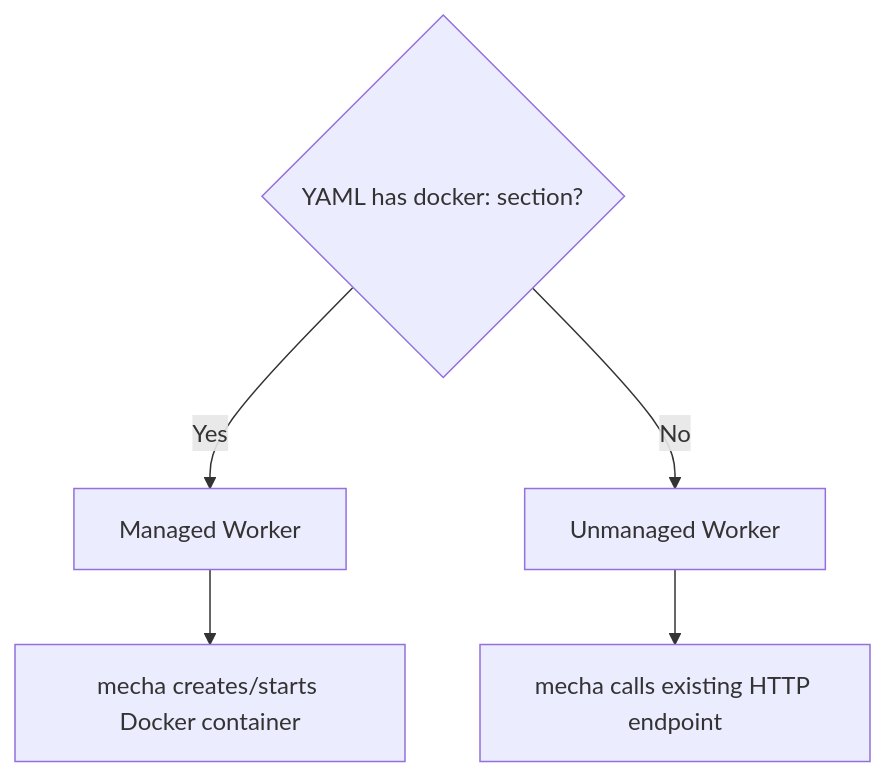
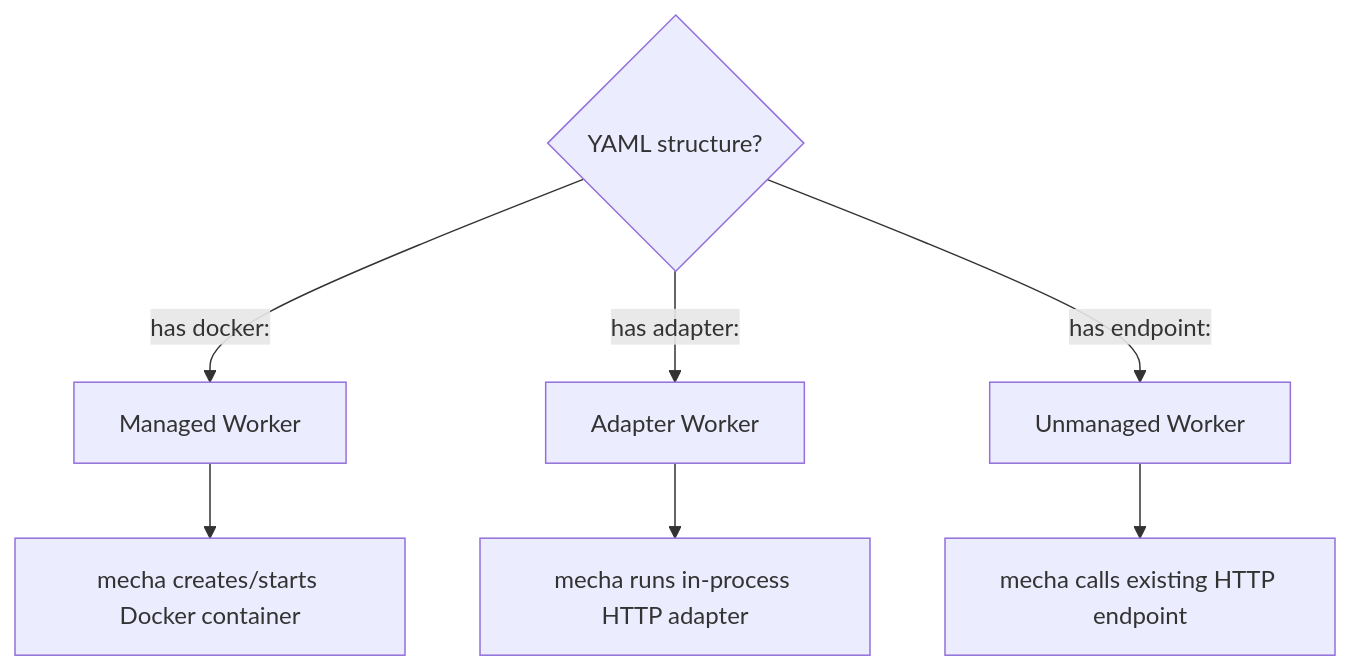
The first of 2 diagrams in docs/guide/workers.md (xiaolai/mecha.im), drawn with Mermaid before and after one commit. The commit also changed other lines of this file and 1 other file, not shown here.

First line of the commit message:
docs: add adapter workers, disposable containers, GitLab/generic sources

````diff
--- a/docs/guide/workers.md
+++ b/docs/guide/workers.md
@@ -12,8 +12,10 @@
 ```mermaid
 flowchart TD
-    YAML{YAML has docker: section?}
-    YAML -->|Yes| Managed[Managed Worker]
-    YAML -->|No| Unmanaged[Unmanaged Worker]
+    YAML{YAML structure?}
+    YAML -->|has docker:| Managed[Managed Worker]
+    YAML -->|has adapter:| Adapter[Adapter Worker]
+    YAML -->|has endpoint:| Unmanaged[Unmanaged Worker]
     Managed --> Docker[mecha creates/starts Docker container]
+    Adapter --> InProcess[mecha runs in-process HTTP adapter]
     Unmanaged --> Endpoint[mecha calls existing HTTP endpoint]
 ```
````
